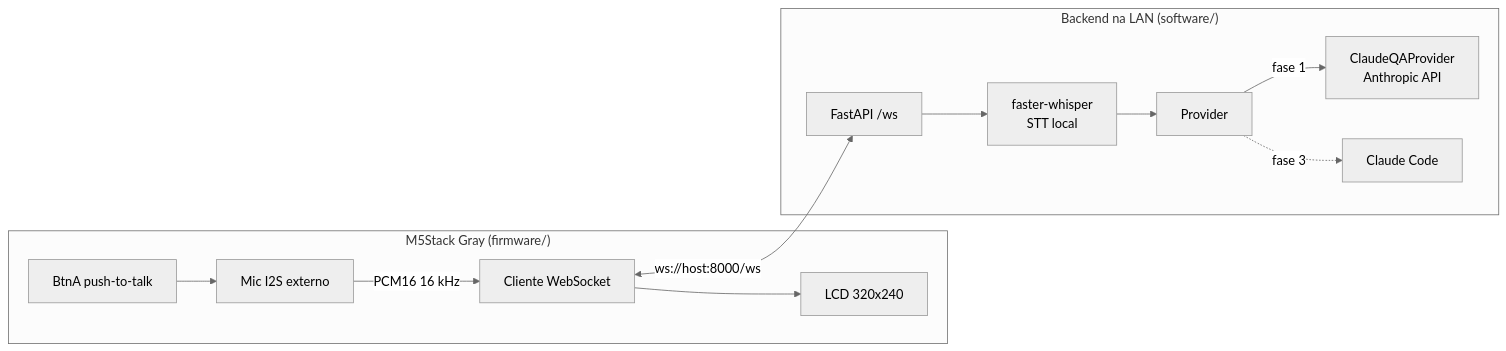
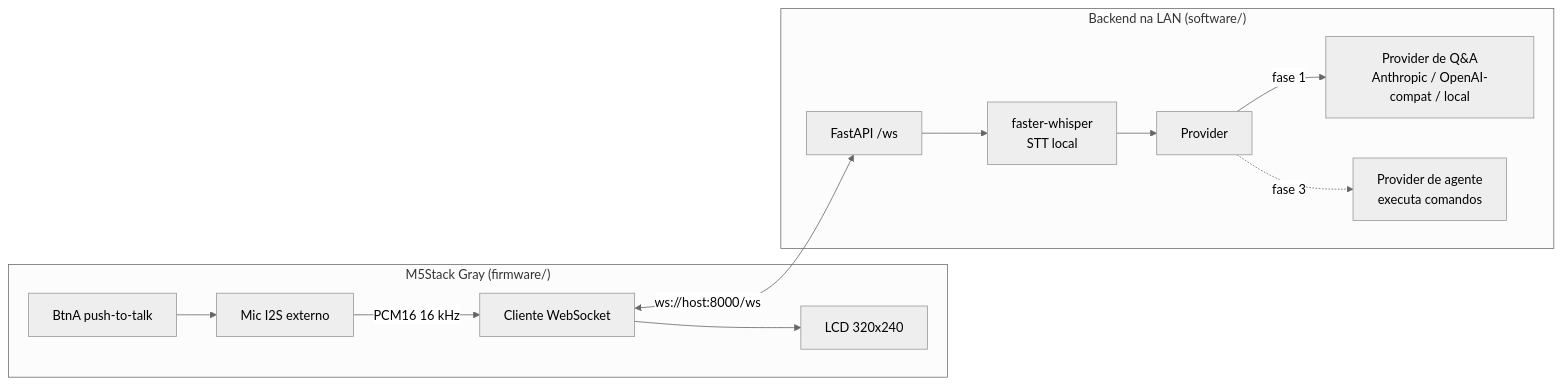
Before and after one commit to leonardowolf/IAPet: the diagram in README.md, drawn with Mermaid (neutral theme). The commit also changed other lines of this file and 2 other files, not shown here.

````diff
--- a/README.md
+++ b/README.md
@@ -20,15 +30,15 @@
 ```mermaid
 flowchart LR
     subgraph Device["M5Stack Gray (firmware/)"]
         BTN[BtnA push-to-talk] --> MIC[Mic I2S externo]
         MIC -->|PCM16 16 kHz| WSC[Cliente WebSocket]
         WSC --> UI[LCD 320x240]
     end
     subgraph Host["Backend na LAN (software/)"]
         WSS[FastAPI /ws] --> STT[faster-whisper<br/>STT local]
         STT --> PROV[Provider]
-        PROV -->|fase 1| QA[ClaudeQAProvider<br/>Anthropic API]
-        PROV -.->|fase 3| CC[Claude Code]
+        PROV -->|fase 1| QA[Provider de Q&A<br/>Anthropic / OpenAI-compat / local]
+        PROV -.->|fase 3| AG[Provider de agente<br/>executa comandos]
     end
     WSC <-->|ws://host:8000/ws| WSS
 ```
````
